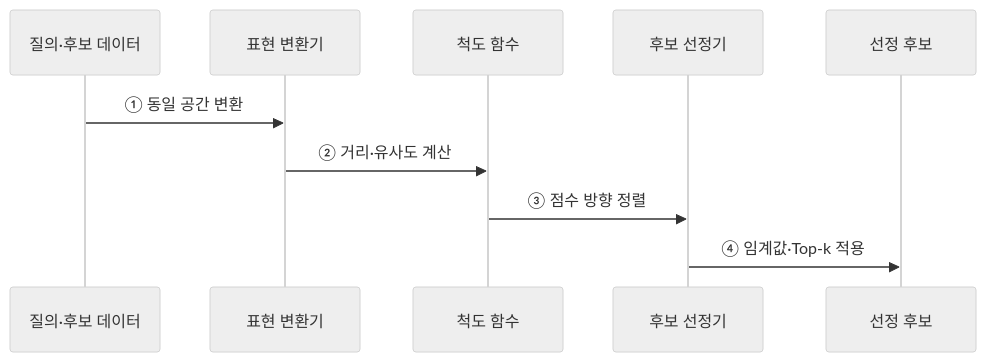
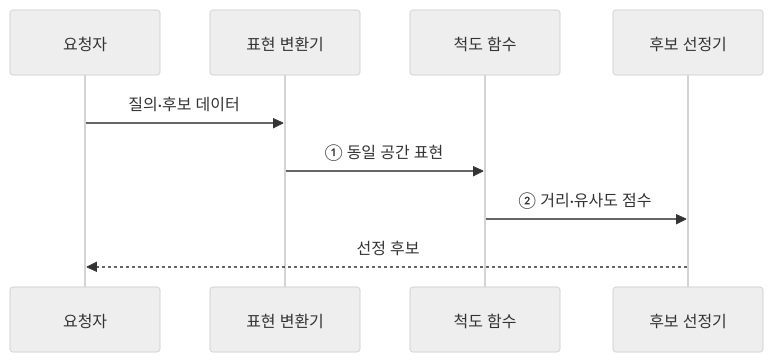
The second of 2 diagrams in src/content/docs/notes/01-basic-theory/037_similarity_measures.md (agnusdei1207/knowledge-base), drawn with Mermaid (neutral theme) before and after one commit. The commit also changed other lines of this file and 11 other files, not shown here.

````diff
--- a/src/content/docs/notes/01-basic-theory/037_similarity_measures.md
+++ b/src/content/docs/notes/01-basic-theory/037_similarity_measures.md
@@ -84,12 +78,11 @@
 ```mermaid
 sequenceDiagram
-    participant Q as 질의·후보 데이터
+    participant Q as 요청자
     participant T as 표현 변환기
     participant F as 척도 함수
     participant R as 후보 선정기
-    participant O as 선정 후보
-    Q->>T: ① 동일 공간 변환
-    T->>F: ② 거리·유사도 계산
-    F->>R: ③ 점수 방향 정렬
-    R->>O: ④ 임계값·Top-k 적용
+    Q->>T: 질의·후보 데이터
+    T->>F: ① 동일 공간 표현
+    F->>R: ② 거리·유사도 점수
+    R-->>Q: 선정 후보
 ```
````
